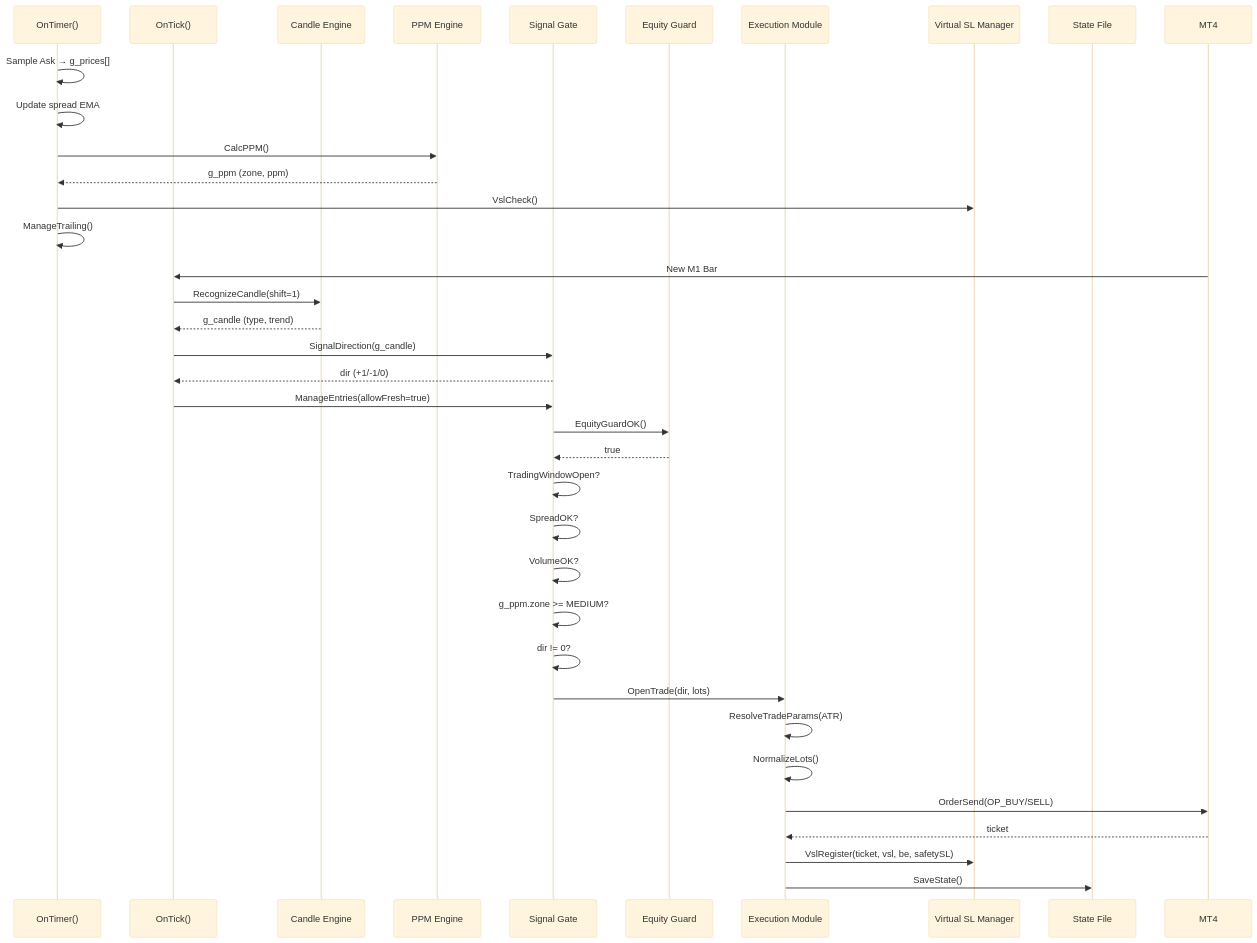
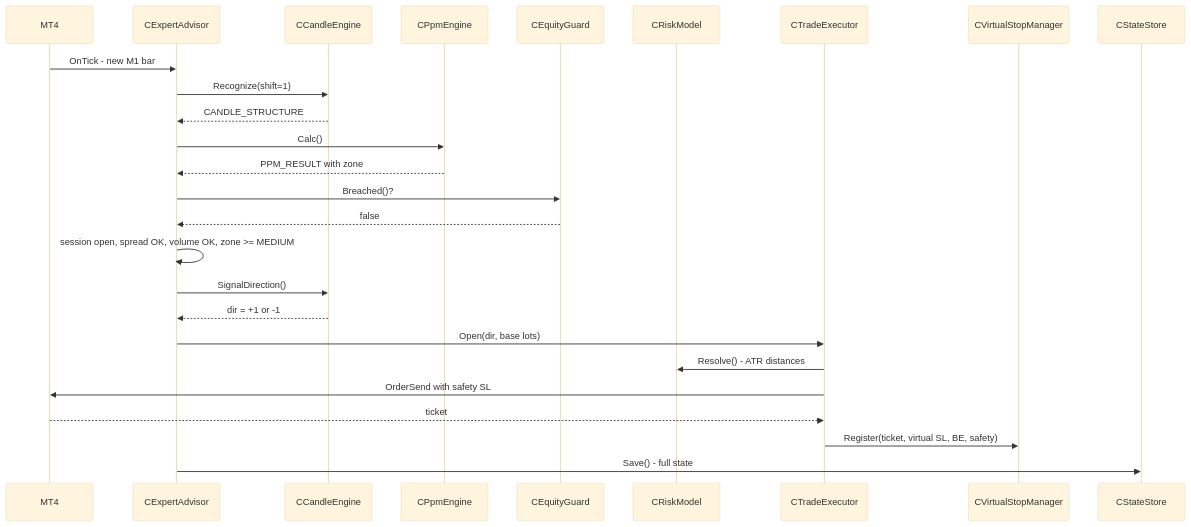
Before and after one commit to nhasibuan/oneminuteman: the third of 6 diagrams in README.md, drawn with Mermaid (base theme). The commit also changed other lines of this file, not shown here.

First line of the commit message:
docs: fix DFD mermaid parse error; mermaid-only diagrams; add data dictionary

````diff
--- a/README.md
+++ b/README.md
@@ -257,42 +342,29 @@
 ```mermaid
 sequenceDiagram
-    participant Timer as OnTimer()
-    participant Tick as OnTick()
-    participant Candle as Candle Engine
-    participant PPM as PPM Engine
-    participant Gate as Signal Gate
-    participant Equity as Equity Guard
-    participant Exec as Execution Module
-    participant VSL as Virtual SL Manager
-    participant Disk as State File
+    participant MT4
+    participant EA as CExpertAdvisor
+    participant Candle as CCandleEngine
+    participant PPM as CPpmEngine
+    participant Guard as CEquityGuard
+    participant Risk as CRiskModel
+    participant Exec as CTradeExecutor
+    participant VSL as CVirtualStopManager
+    participant Store as CStateStore
 
-    Timer->>Timer: Sample Ask → g_prices[]
-    Timer->>Timer: Update spread EMA
-    Timer->>PPM: CalcPPM()
-    PPM-->>Timer: g_ppm (zone, ppm)
-    Timer->>VSL: VslCheck()
-    Timer->>Timer: ManageTrailing()
-
-    MT4->>Tick: New M1 Bar
-    Tick->>Candle: RecognizeCandle(shift=1)
-    Candle-->>Tick: g_candle (type, trend)
-    Tick->>Gate: SignalDirection(g_candle)
-    Gate-->>Tick: dir (+1/-1/0)
-
-    Tick->>Gate: ManageEntries(allowFresh=true)
-    Gate->>Equity: EquityGuardOK()
-    Equity-->>Gate: true
-    Gate->>Gate: TradingWindowOpen?
-    Gate->>Gate: SpreadOK?
-    Gate->>Gate: VolumeOK?
-    Gate->>Gate: g_ppm.zone >= MEDIUM?
-    Gate->>Gate: dir != 0?
-
-    Gate->>Exec: OpenTrade(dir, lots)
-    Exec->>Exec: ResolveTradeParams(ATR)
-    Exec->>Exec: NormalizeLots()
-    Exec->>MT4: OrderSend(OP_BUY/SELL)
+    MT4->>EA: OnTick - new M1 bar
+    EA->>Candle: Recognize(shift=1)
+    Candle-->>EA: CANDLE_STRUCTURE
+    EA->>PPM: Calc()
+    PPM-->>EA: PPM_RESULT with zone
+    EA->>Guard: Breached()?
+    Guard-->>EA: false
+    EA->>EA: session open, spread OK, volume OK, zone >= MEDIUM
+    EA->>Candle: SignalDirection()
+    Candle-->>EA: dir = +1 or -1
+    EA->>Exec: Open(dir, base lots)
+    Exec->>Risk: Resolve() - ATR distances
+    Exec->>MT4: OrderSend with safety SL
     MT4-->>Exec: ticket
-    Exec->>VSL: VslRegister(ticket, vsl, be, safetySL)
-    Exec->>Disk: SaveState()
+    Exec->>VSL: Register(ticket, virtual SL, BE, safety)
+    EA->>Store: Save() - full state
 ```
````
